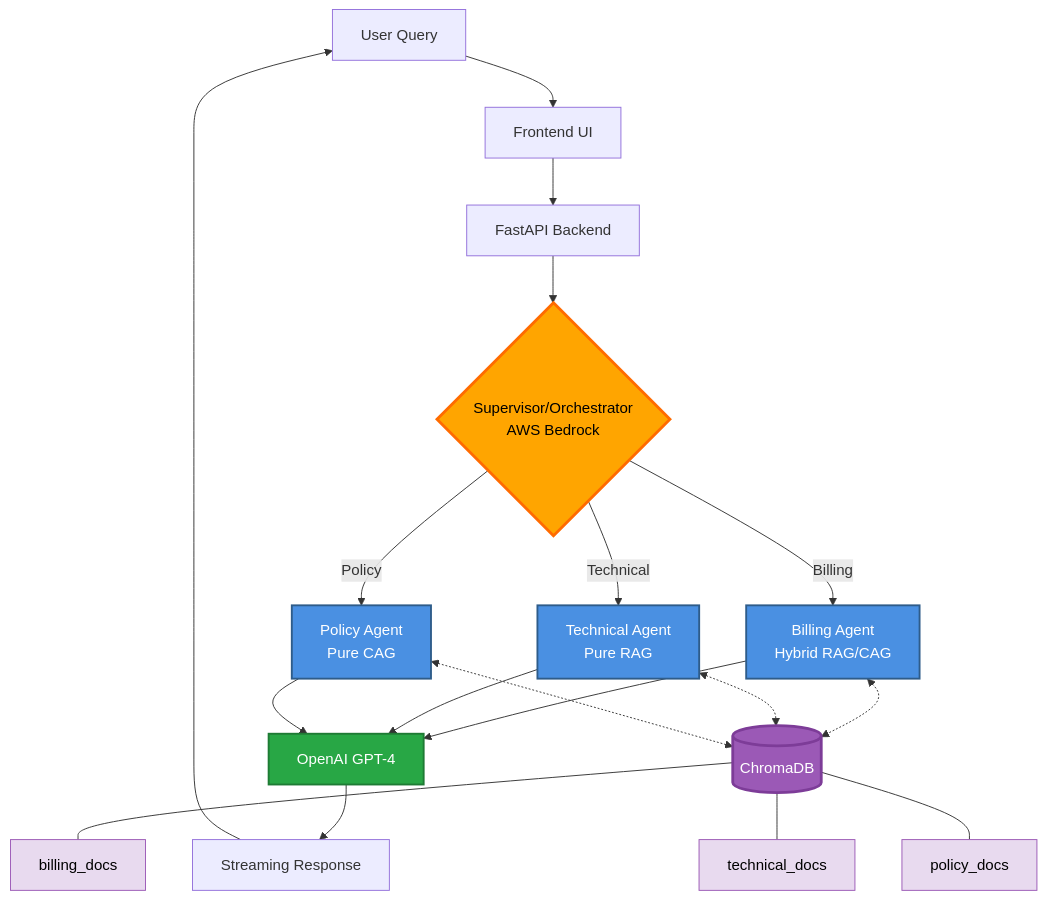
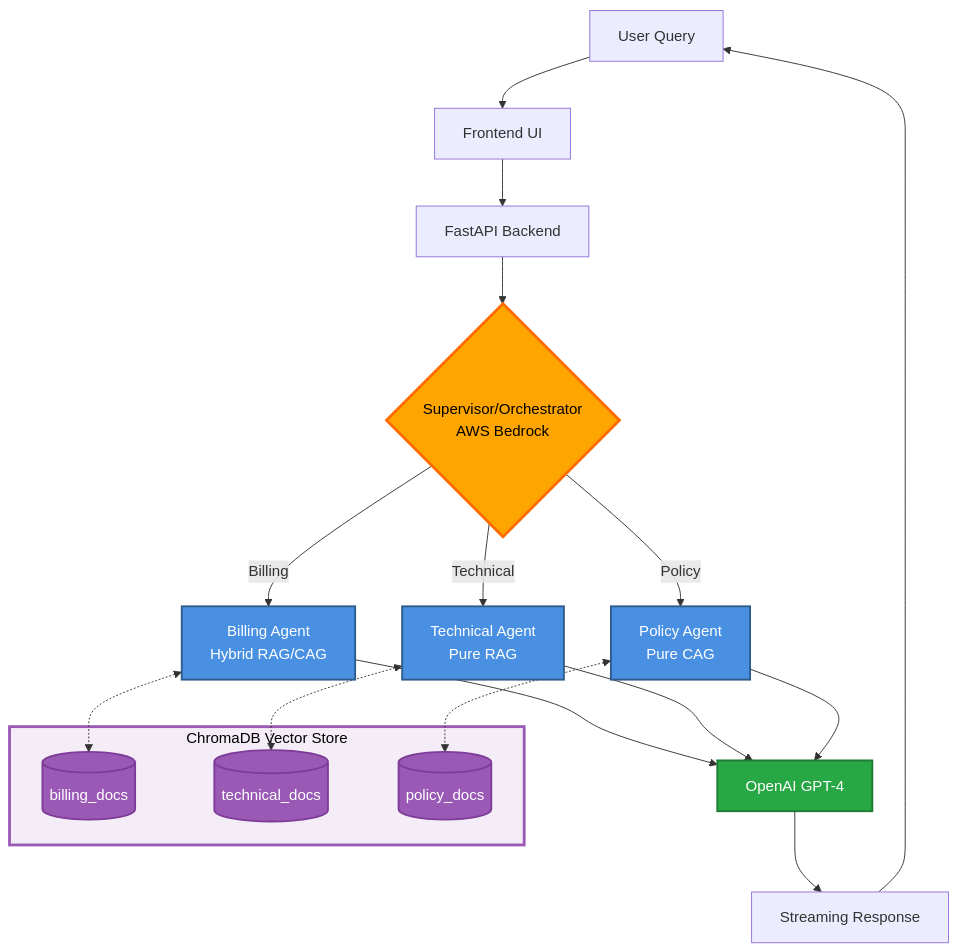
One commit to fly2safa/multi-agent-customer-service changed the diagram in README.md. Above: the diagram before and after it, drawn with Mermaid.

Commit message:
docs: restructure diagram to show ChromaDB with 3 collection sections
- Each collection now shown as separate database cylinder

- Each agent connects directly to its specific collection

- Subgraph container shows all 3 collections are part of ChromaDB

- Better represents architecture: one database with 3 isolated collections

````diff
--- a/README.md
+++ b/README.md
@@ -18,32 +18,34 @@
 ```mermaid
 graph TB
     A[User Query] --> B[Frontend UI]
     B --> C[FastAPI Backend]
     C --> D{Supervisor/Orchestrator<br/>AWS Bedrock}
     D -->|Billing| E[Billing Agent<br/>Hybrid RAG/CAG]
     D -->|Technical| F[Technical Agent<br/>Pure RAG]
     D -->|Policy| G[Policy Agent<br/>Pure CAG]
     E --> H[OpenAI GPT-4]
     F --> H
     G --> H
     H --> I[Streaming Response]
     I --> A
     
-    E <-.-> J[(ChromaDB)]
-    F <-.-> J
-    G <-.-> J
+    E <-.-> K[(billing_docs)]
+    F <-.-> L[(technical_docs)]
+    G <-.-> M[(policy_docs)]
     
-    J --- K[billing_docs]
-    J --- L[technical_docs]
-    J --- M[policy_docs]
+    subgraph ChromaDB[" ChromaDB Vector Store "]
+        K
+        L
+        M
+    end
     
     style D fill:#FFA500,stroke:#FF6B00,stroke-width:3px,color:#000
     style E fill:#4A90E2,stroke:#2E5C8A,stroke-width:2px,color:#FFF
     style F fill:#4A90E2,stroke:#2E5C8A,stroke-width:2px,color:#FFF
     style G fill:#4A90E2,stroke:#2E5C8A,stroke-width:2px,color:#FFF
     style H fill:#28A745,stroke:#1E7B34,stroke-width:2px,color:#FFF
-    style J fill:#9B59B6,stroke:#7D3C98,stroke-width:3px,color:#FFF
-    style K fill:#E8DAEF,stroke:#9B59B6,stroke-width:1px,color:#000
-    style L fill:#E8DAEF,stroke:#9B59B6,stroke-width:1px,color:#000
-    style M fill:#E8DAEF,stroke:#9B59B6,stroke-width:1px,color:#000
+    style ChromaDB fill:#F4ECF7,stroke:#9B59B6,stroke-width:3px,color:#000
+    style K fill:#9B59B6,stroke:#7D3C98,stroke-width:2px,color:#FFF
+    style L fill:#9B59B6,stroke:#7D3C98,stroke-width:2px,color:#FFF
+    style M fill:#9B59B6,stroke:#7D3C98,stroke-width:2px,color:#FFF
 ```
````
